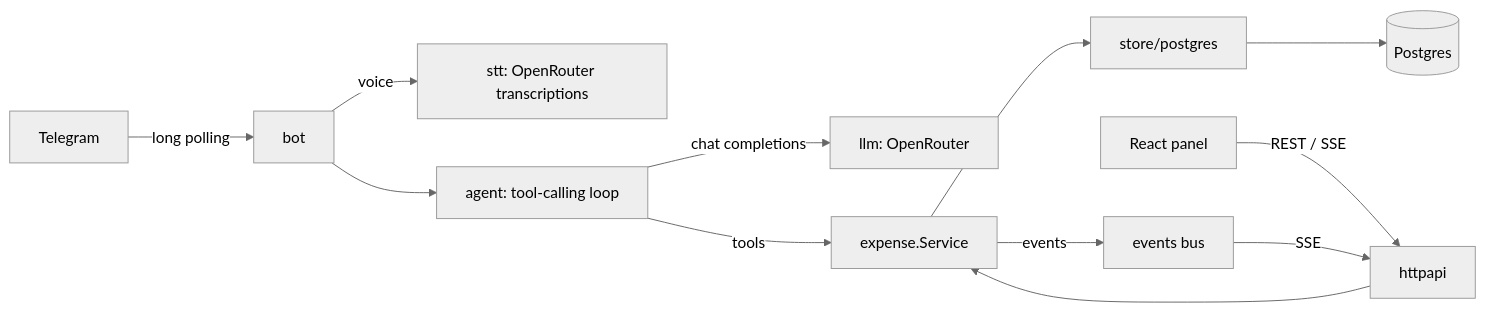
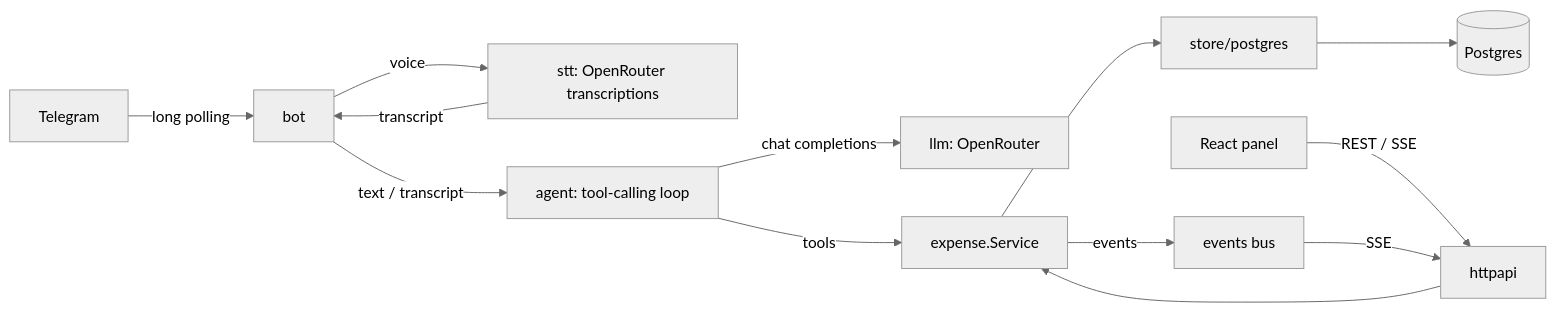
One commit to TheLastManStandin/TestForSemen changed the diagram in docs/superpowers/specs/2026-10-15-family-expenses-design.md. Above: the diagram before and after it, drawn with Mermaid (neutral theme). The commit also changed 1 other file, not shown here.

Commit message:
docs: show where voice transcripts go in the architecture diagram

````diff
--- a/docs/superpowers/specs/2026-10-15-family-expenses-design.md
+++ b/docs/superpowers/specs/2026-10-15-family-expenses-design.md
@@ -43,14 +43,15 @@
 ```mermaid
 flowchart LR
   TG[Telegram] -- long polling --> BOT[bot]
   BOT -- voice --> STT[stt: OpenRouter transcriptions]
-  BOT --> AGENT[agent: tool-calling loop]
+  STT -- transcript --> BOT
+  BOT -- text / transcript --> AGENT[agent: tool-calling loop]
   AGENT -- chat completions --> LLM[llm: OpenRouter]
   AGENT -- tools --> SVC[expense.Service]
   WEB[React panel] -- REST / SSE --> HTTP[httpapi]
   HTTP --> SVC
   SVC --> STORE[store/postgres]
   SVC -- events --> BUS[events bus]
   BUS -- SSE --> HTTP
   STORE --> PG[(Postgres)]
 ```
````
